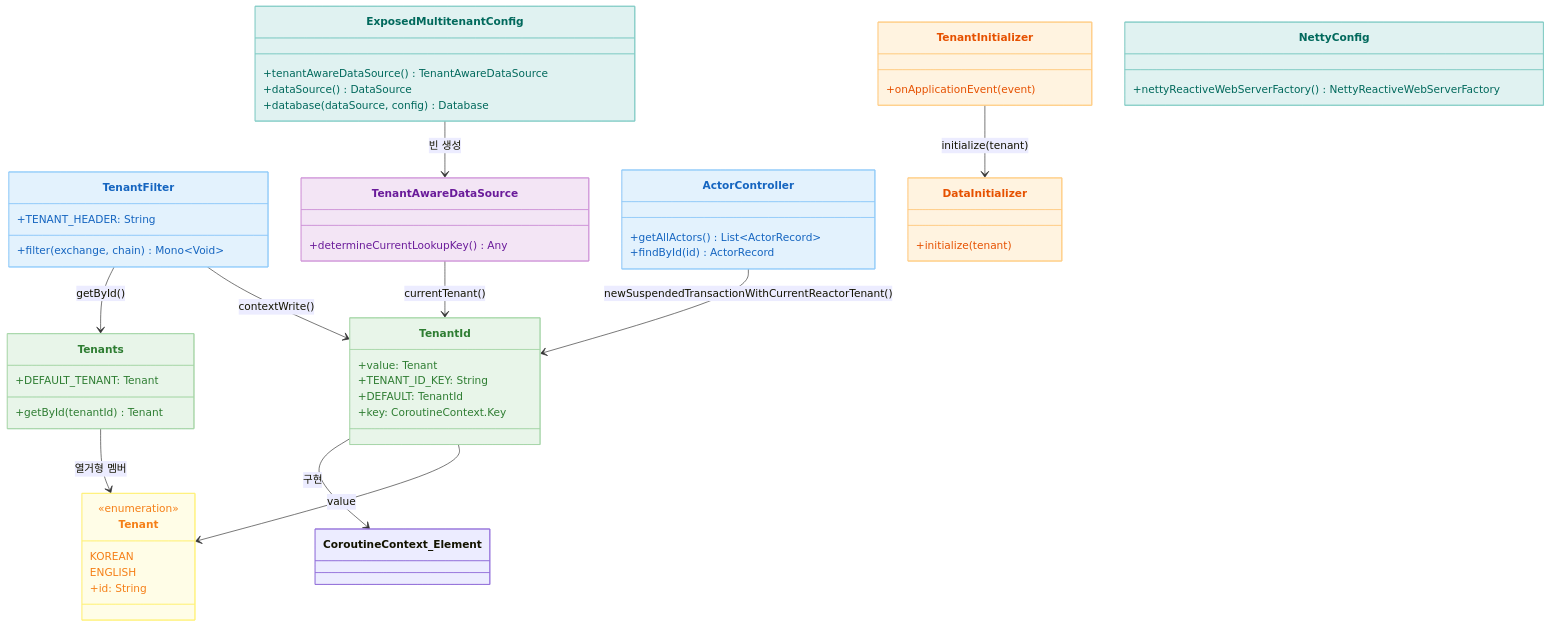
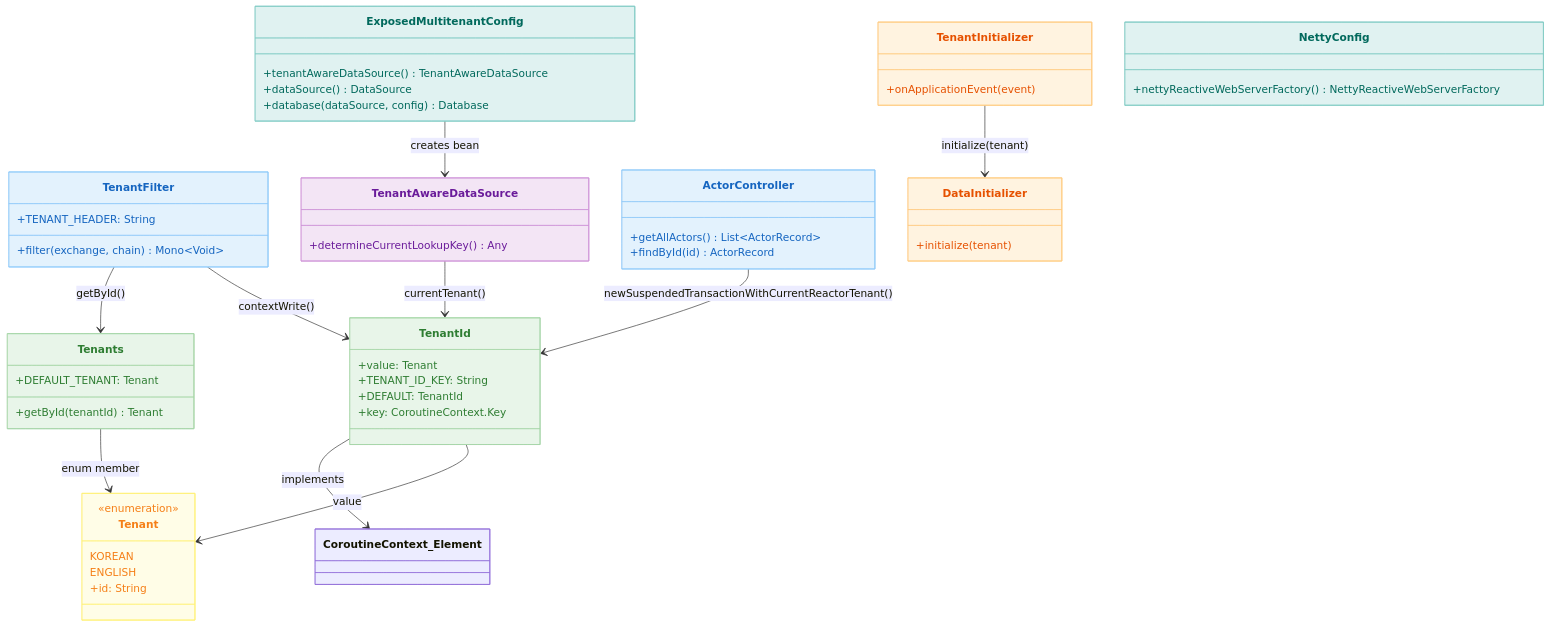
One commit to bluetape4k/exposed-workshop changed the second of 4 diagrams in 10-multi-tenant/03-multitenant-spring-webflux/README.md. Above: the diagram before and after it, drawn with Mermaid. The commit also changed other lines of this file and 115 other files, not shown here.

````diff
--- a/10-multi-tenant/03-multitenant-spring-webflux/README.md
+++ b/10-multi-tenant/03-multitenant-spring-webflux/README.md
@@ -62,74 +63,74 @@
 ```mermaid
 classDiagram
     class TenantFilter {
         +TENANT_HEADER: String
         +filter(exchange, chain) Mono~Void~
     }
 
     class TenantId {
         +value: Tenant
         +TENANT_ID_KEY: String
         +DEFAULT: TenantId
         +key: CoroutineContext.Key
     }
 
     class Tenants {
         +DEFAULT_TENANT: Tenant
         +getById(tenantId) Tenant
     }
 
     class Tenant {
         <<enumeration>>
         KOREAN
         ENGLISH
         +id: String
     }
 
     class TenantAwareDataSource {
         +determineCurrentLookupKey() Any
     }
 
     class ActorController {
         +getAllActors() List~ActorRecord~
         +findById(id) ActorRecord
     }
 
     class TenantInitializer {
         +onApplicationEvent(event)
     }
 
     class DataInitializer {
         +initialize(tenant)
     }
 
     class ExposedMultitenantConfig {
         +tenantAwareDataSource() TenantAwareDataSource
         +dataSource() DataSource
         +database(dataSource, config) Database
     }
 
     class NettyConfig {
         +nettyReactiveWebServerFactory() NettyReactiveWebServerFactory
     }
 
     TenantFilter --> Tenants : getById()
     TenantFilter --> TenantId : contextWrite()
-    TenantId --> CoroutineContext_Element : 구현
+    TenantId --> CoroutineContext_Element : implements
     TenantId --> Tenant : value
-    Tenants --> Tenant : 열거형 멤버
+    Tenants --> Tenant : enum member
     TenantAwareDataSource --> TenantId : currentTenant()
     ActorController --> TenantId : newSuspendedTransactionWithCurrentReactorTenant()
     TenantInitializer --> DataInitializer : initialize(tenant)
-    ExposedMultitenantConfig --> TenantAwareDataSource : 빈 생성
+    ExposedMultitenantConfig --> TenantAwareDataSource : creates bean
 
     style TenantFilter fill:#E3F2FD,stroke:#90CAF9,color:#1565C0
     style TenantId fill:#E8F5E9,stroke:#A5D6A7,color:#2E7D32
     style Tenants fill:#E8F5E9,stroke:#A5D6A7,color:#2E7D32
     style Tenant fill:#FFFDE7,stroke:#FFF176,color:#F57F17
     style TenantAwareDataSource fill:#F3E5F5,stroke:#CE93D8,color:#6A1B9A
     style ActorController fill:#E3F2FD,stroke:#90CAF9,color:#1565C0
     style TenantInitializer fill:#FFF3E0,stroke:#FFCC80,color:#E65100
     style DataInitializer fill:#FFF3E0,stroke:#FFCC80,color:#E65100
     style ExposedMultitenantConfig fill:#E0F2F1,stroke:#80CBC4,color:#00695C
     style NettyConfig fill:#E0F2F1,stroke:#80CBC4,color:#00695C
 ```
````
